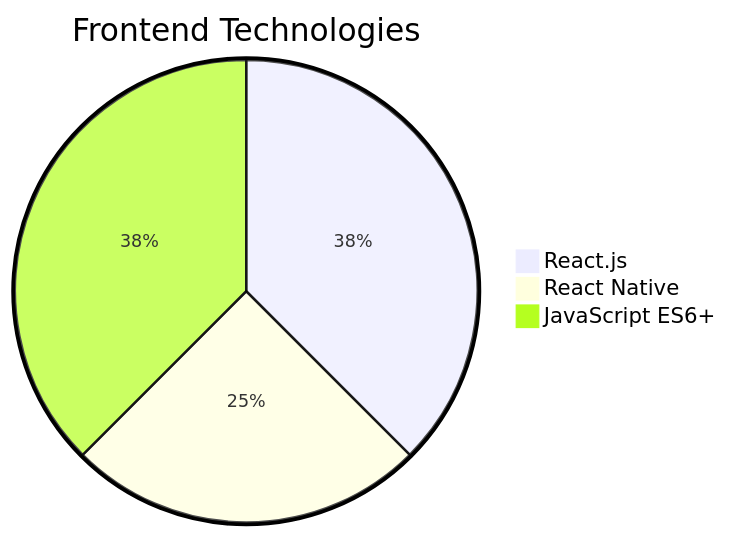
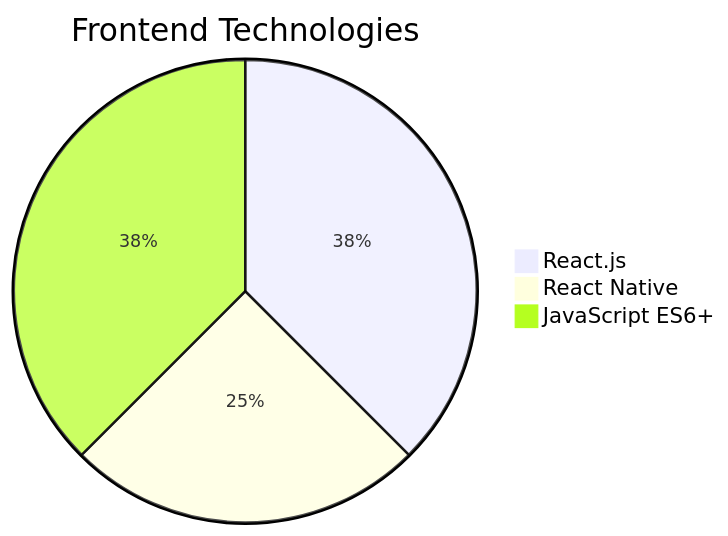
Before and after one commit to nfcdjobo/nfcdjobo: the first of 2 diagrams in README.md, drawn with Mermaid.

````diff
--- a/README.md
+++ b/README.md
@@ -27,7 +27,7 @@
 ```mermaid
-%%{init: {'pie': {'textPosition': 0.5}, 'themeVariables': {'pieOuterStrokeWidth': '3px', 'pieSectionTextSize': '14px'}}}%%
+%%{init: {'pie': {'textPosition': 0.5}, 'themeVariables': {'pieOuterStrokeWidth': '2px', 'pieSectionTextSize': '14px'}}}%%
 pie title Frontend Technologies
     "React.js" : 37.5
     "React Native" : 25
     "JavaScript ES6+" : 37.5
 ```
````
